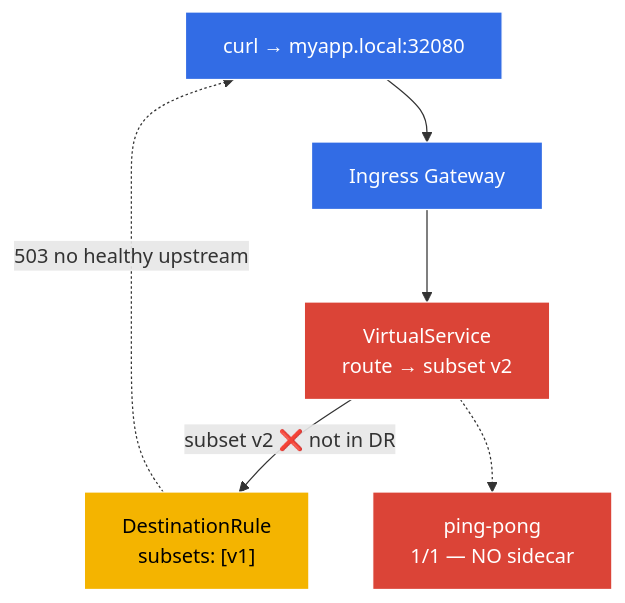
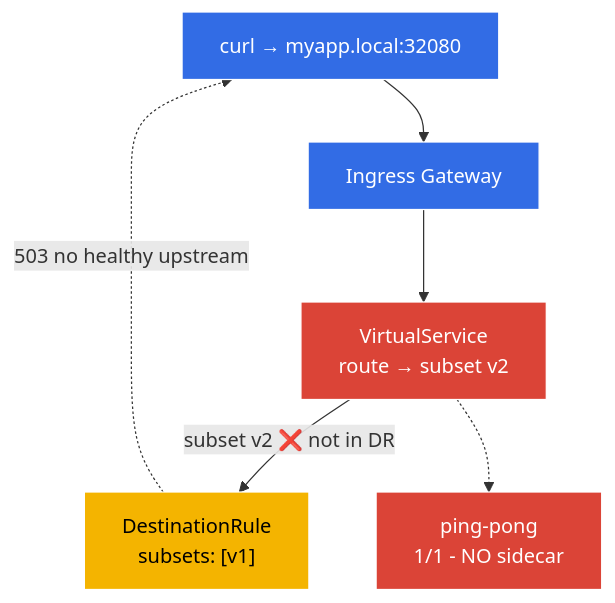
One commit to ViktorUJ/cks changed the diagram in tasks/ica/labs/12/README.MD. Above: the diagram before and after it, drawn with Mermaid. The commit also changed other lines of this file and 104 other files, not shown here.

````diff
--- a/tasks/ica/labs/12/README.MD
+++ b/tasks/ica/labs/12/README.MD
@@ -14,19 +14,19 @@
 ```mermaid
 flowchart TD
     Client["curl → myapp.local:32080"]
     GW["Ingress Gateway"]
     VS["VirtualService<br>route → subset v2"]
     DR["DestinationRule<br>subsets: [v1]"]
-    PP["ping-pong<br>1/1 — NO sidecar"]
+    PP["ping-pong<br>1/1 - NO sidecar"]
 
     Client --> GW --> VS
     VS -->|"subset v2 ❌ not in DR"| DR
     DR -.->|"503 no healthy upstream"| Client
     VS -.-> PP
 
     style Client fill:#326ce5,stroke:#fff,color:#fff
     style GW fill:#326ce5,stroke:#fff,color:#fff
     style VS fill:#db4437,stroke:#fff,color:#fff
     style DR fill:#f4b400,stroke:#fff,color:#000
     style PP fill:#db4437,stroke:#fff,color:#fff
 ```
````
